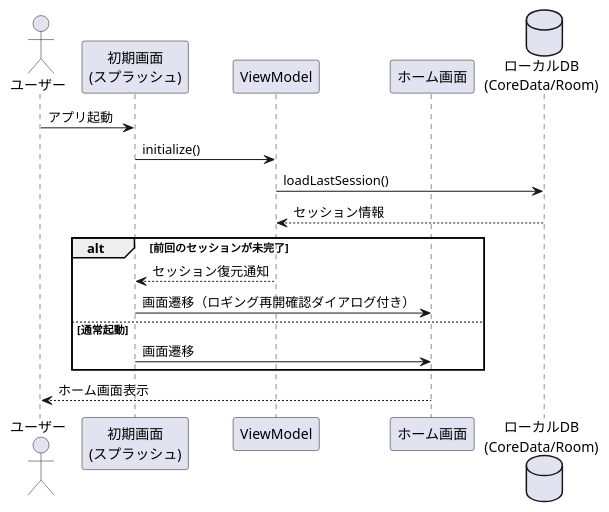
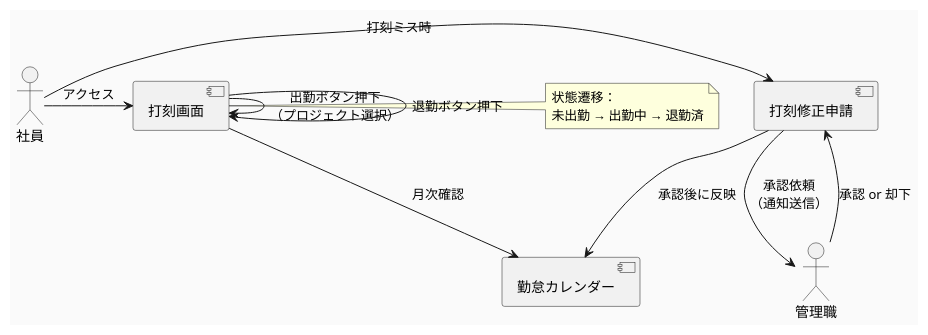
One commit to miyauchi0224/HRM changed the third of 6 diagrams in .claude/design.md. Above: the diagram before and after it, drawn with PlantUML. The commit also changed other lines of this file and 150 other files, not shown here.

````diff
--- a/.claude/design.md
+++ b/.claude/design.md
@@ -75,23 +482,24 @@
 ```plantuml
 @startuml
-actor ユーザー
-participant "初期画面\n(スプラッシュ)" as Splash
-participant "ViewModel" as VM
-participant "ホーム画面" as Home
-database "ローカルDB\n(CoreData/Room)" as DB
+skinparam backgroundColor #FAFAFA
 
-ユーザー -> Splash : アプリ起動
-Splash -> VM : initialize()
-VM -> DB : loadLastSession()
-DB --> VM : セッション情報
+actor 社員 as emp
+actor 管理職 as mgr
 
-alt 前回のセッションが未完了
-  VM --> Splash : セッション復元通知
-  Splash -> Home : 画面遷移（ロギング再開確認ダイアログ付き）
-else 通常起動
-  Splash -> Home : 画面遷移
-end
+emp -> [打刻画面] : アクセス
+[打刻画面] -> [打刻画面] : 出勤ボタン押下\n（プロジェクト選択）
+[打刻画面] -> [打刻画面] : 退勤ボタン押下
 
-Home --> ユーザー : ホーム画面表示
+note right of [打刻画面]
+  状態遷移：
+  未出勤 → 出勤中 → 退勤済
+end note
+
+[打刻画面] --> [勤怠カレンダー] : 月次確認
+
+emp -> [打刻修正申請] : 打刻ミス時
+[打刻修正申請] --> mgr : 承認依頼\n（通知送信）
+mgr -> [打刻修正申請] : 承認 or 却下
+[打刻修正申請] --> [勤怠カレンダー] : 承認後に反映
 @enduml
 ```
````
